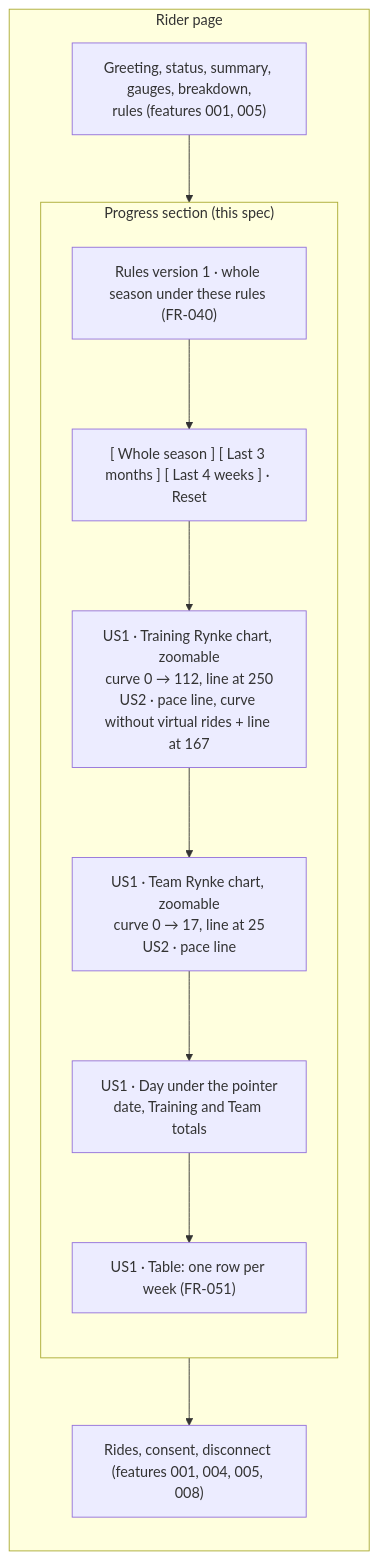
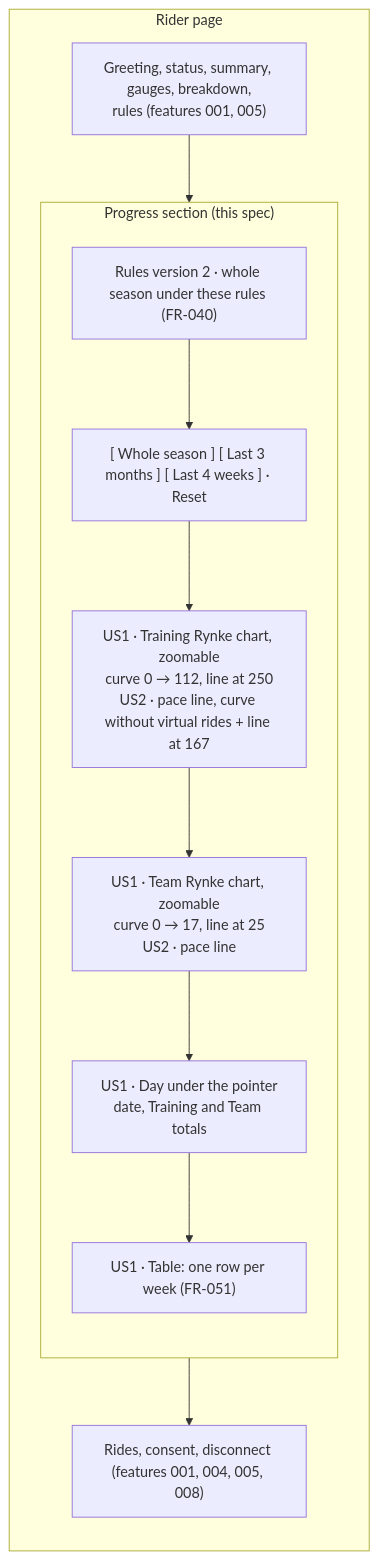
The fourth of 9 diagrams in specs/009-rider-progress-charts/spec.md (SaSteffen/RynkePoints), drawn with Mermaid before and after one commit. The commit also changed other lines of this file and 5 other files, not shown here.

First line of the commit message:
docs: apply /speckit-analyze findings to rider progress charts

````diff
--- a/specs/009-rider-progress-charts/spec.md
+++ b/specs/009-rider-progress-charts/spec.md
@@ -628,19 +639,19 @@
 ```mermaid
 flowchart TB
     subgraph page["Rider page"]
         direction TB
         before["Greeting, status, summary, gauges, breakdown,<br/>rules (features 001, 005)"]
         subgraph section["Progress section (this spec)"]
             direction TB
-            label["Rules version 1 · whole season under these rules (FR-040)"]
+            label["Rules version 2 · whole season under these rules (FR-040)"]
             periods["[ Whole season ] [ Last 3 months ] [ Last 4 weeks ] · Reset"]
             c1["US1 · Training Rynke chart, zoomable<br/>curve 0 → 112, line at 250<br/>US2 · pace line, curve without virtual rides + line at 167"]
             c2["US1 · Team Rynke chart, zoomable<br/>curve 0 → 17, line at 25<br/>US2 · pace line"]
             details["US1 · Day under the pointer<br/>date, Training and Team totals"]
             table["US1 · Table: one row per week (FR-051)"]
             label --> periods --> c1 --> c2 --> details --> table
         end
         after["Rides, consent, disconnect (features 001, 004, 005, 008)"]
         before --> section --> after
     end
 ```
````
